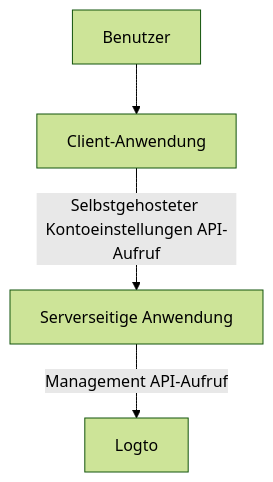
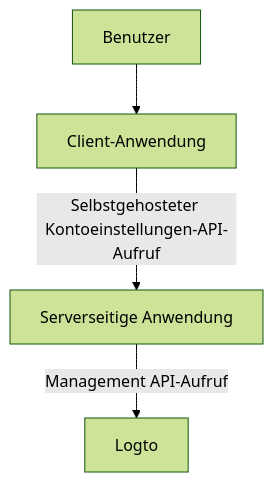
Before and after one commit to logto-io/docs: the first of 3 diagrams in i18n/de/docusaurus-plugin-content-docs/current/end-user-flows/account-settings/by-management-api.mdx, drawn with Mermaid (forest theme). The commit also changed other lines of this file and 174 other files, not shown here.

````diff
--- a/i18n/de/docusaurus-plugin-content-docs/current/end-user-flows/account-settings/by-management-api.mdx
+++ b/i18n/de/docusaurus-plugin-content-docs/current/end-user-flows/account-settings/by-management-api.mdx
@@ -13,6 +13,6 @@
 ```mermaid
   graph TB
     A[Benutzer] --> B[Client-Anwendung]
-    B -->|Selbstgehosteter Kontoeinstellungen API-Aufruf|C[Serverseitige Anwendung]
+    B -->|Selbstgehosteter Kontoeinstellungen-API-Aufruf|C[Serverseitige Anwendung]
     C -->|Management API-Aufruf| D[Logto]
 ```
````
